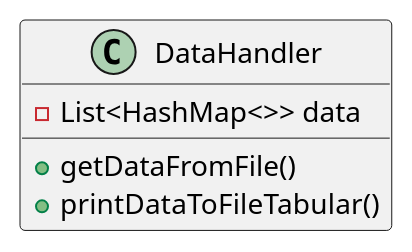
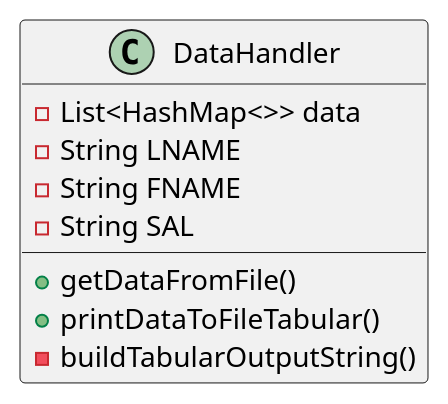
The diagram in exercise42/docs/classes.puml (Jyke321/cordonero-a04), drawn with PlantUML before and after one commit. The commit also changed 2 other files, not shown here.

```diff
--- a/exercise42/docs/classes.puml
+++ b/exercise42/docs/classes.puml
@@ -1,8 +1,12 @@
 @startuml
 class DataHandler {
     -List<HashMap<>> data
+    -String LNAME
+    -String FNAME
+    -String SAL
 
     +getDataFromFile()
     +printDataToFileTabular()
+    -buildTabularOutputString()
 }
 @enduml
```
